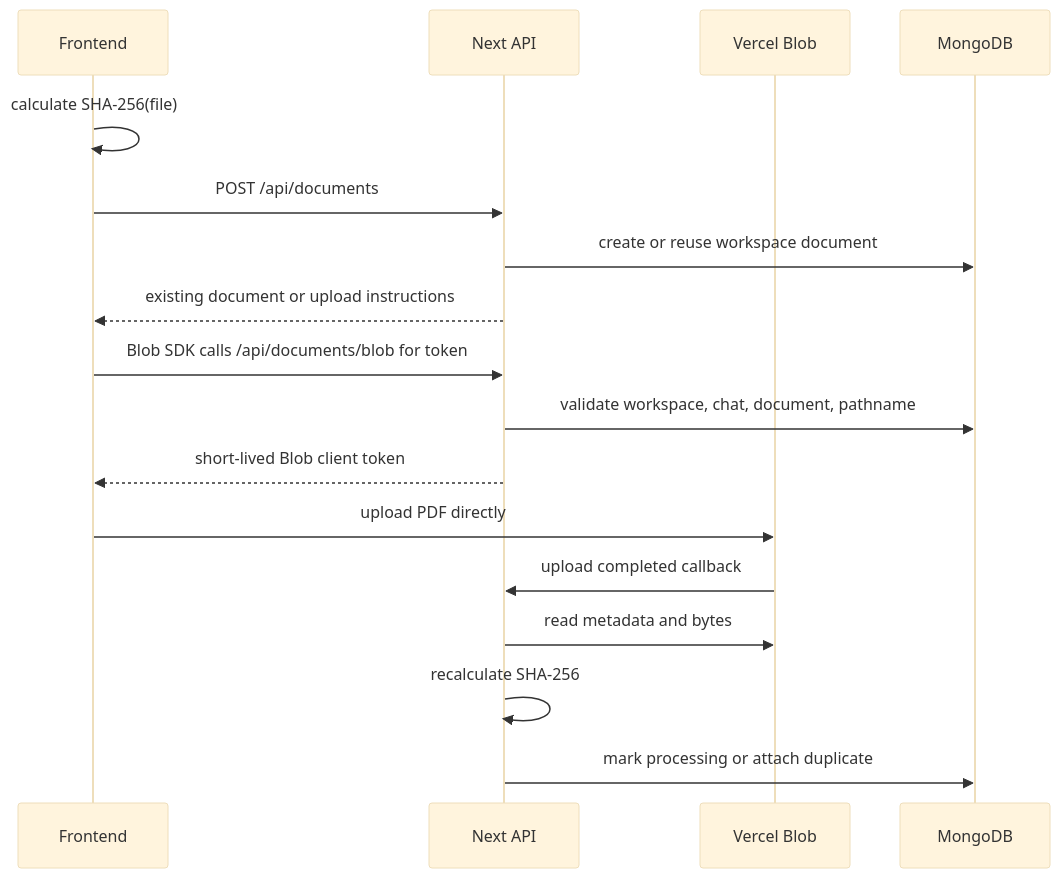
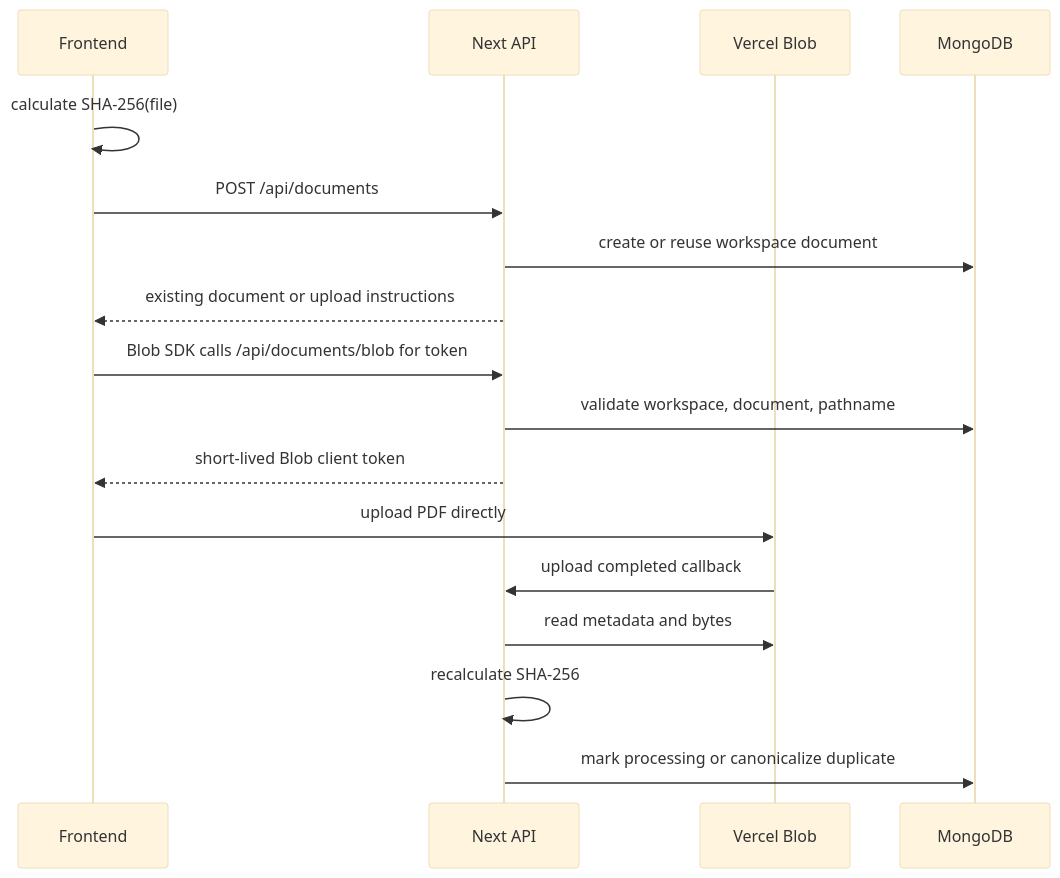
The diagram in docs/architecture/documents/upload.md (artsnil01-cmyk/DocChat), drawn with Mermaid (base theme) before and after one commit. The commit also changed other lines of this file and 3 other files, not shown here.

````diff
--- a/docs/architecture/documents/upload.md
+++ b/docs/architecture/documents/upload.md
@@ -18,22 +18,22 @@
 ```mermaid
 sequenceDiagram
   participant UI as Frontend
   participant API as Next API
   participant Blob as Vercel Blob
   participant Mongo as MongoDB
 
   UI->>UI: calculate SHA-256(file)
   UI->>API: POST /api/documents
   API->>Mongo: create or reuse workspace document
   API-->>UI: existing document or upload instructions
 
   UI->>API: Blob SDK calls /api/documents/blob for token
-  API->>Mongo: validate workspace, chat, document, pathname
+  API->>Mongo: validate workspace, document, pathname
   API-->>UI: short-lived Blob client token
 
   UI->>Blob: upload PDF directly
   Blob->>API: upload completed callback
   API->>Blob: read metadata and bytes
   API->>API: recalculate SHA-256
-  API->>Mongo: mark processing or attach duplicate
+  API->>Mongo: mark processing or canonicalize duplicate
 ```
````
